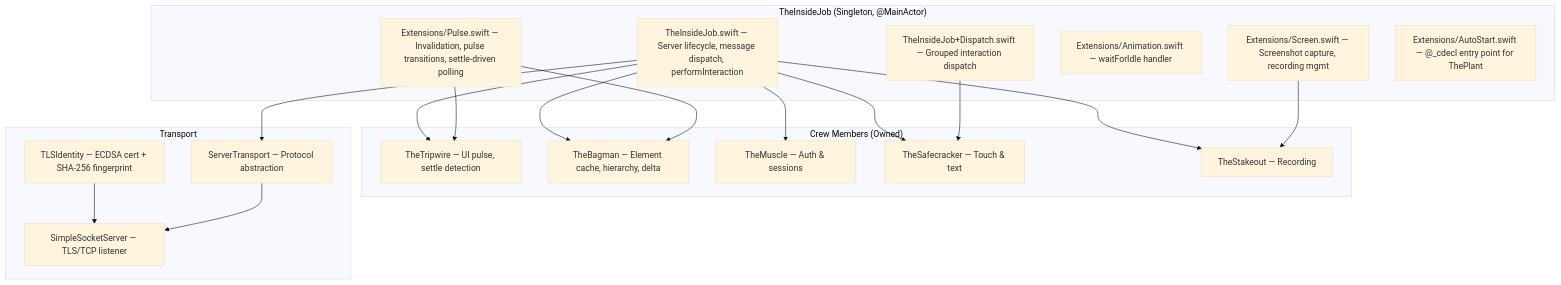
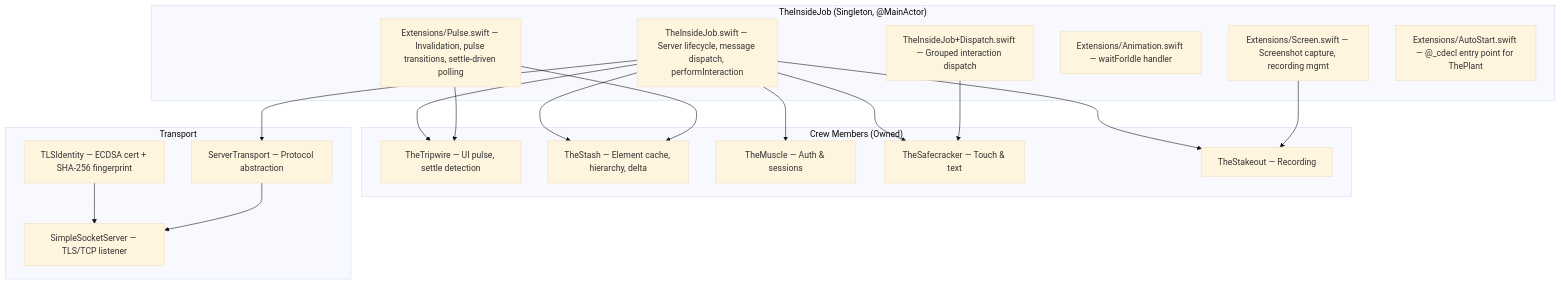
One commit to RoyalPineapple/TheButtonHeist changed the first of 5 diagrams in docs/dossiers/07-THEINSIDEJOB.md. Above: the diagram before and after it, drawn with Mermaid (base theme). The commit also changed other lines of this file and 47 other files, not shown here.

First line of the commit message:
Rename TheBagman → TheStash + extract TheBrains orchestration

````diff
--- a/docs/dossiers/07-THEINSIDEJOB.md
+++ b/docs/dossiers/07-THEINSIDEJOB.md
@@ -23,38 +23,38 @@
 ```mermaid
 graph TD
     subgraph TheInsideJob["TheInsideJob (Singleton, @MainActor)"]
         Core["TheInsideJob.swift — Server lifecycle, message dispatch, performInteraction"]
         Dispatch["TheInsideJob+Dispatch.swift — Grouped interaction dispatch"]
         Pulse["Extensions/Pulse.swift — Invalidation, pulse transitions, settle-driven polling"]
         Anim["Extensions/Animation.swift — waitForIdle handler"]
         Screen["Extensions/Screen.swift — Screenshot capture, recording mgmt"]
         Auto["Extensions/AutoStart.swift — @_cdecl entry point for ThePlant"]
     end
 
     subgraph Crew["Crew Members (Owned)"]
         Tripwire["TheTripwire — UI pulse, settle detection"]
-        Bagman["TheBagman — Element cache, hierarchy, delta"]
+        Bagman["TheStash — Element cache, hierarchy, delta"]
         Muscle["TheMuscle — Auth & sessions"]
         Safecracker["TheSafecracker — Touch & text"]
         Stakeout["TheStakeout — Recording"]
     end
 
     subgraph Transport["Transport"]
         Server["SimpleSocketServer — TLS/TCP listener"]
         STransport["ServerTransport — Protocol abstraction"]
         TLS["TLSIdentity — ECDSA cert + SHA-256 fingerprint"]
     end
 
     TLS --> Server
     STransport --> Server
     Core --> Muscle
     Core --> Safecracker
     Core --> Stakeout
     Core --> Tripwire
     Core --> Bagman
     Core --> STransport
     Dispatch --> Safecracker
     Pulse --> Bagman
     Pulse --> Tripwire
     Screen --> Stakeout
 ```
````
